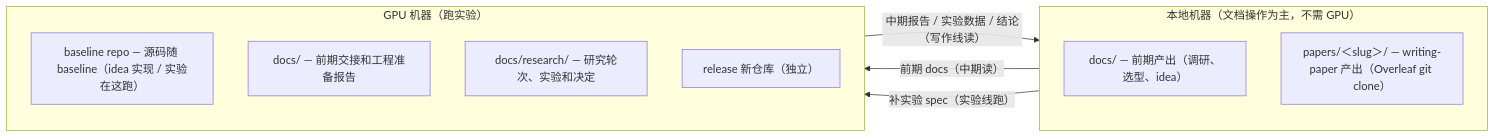
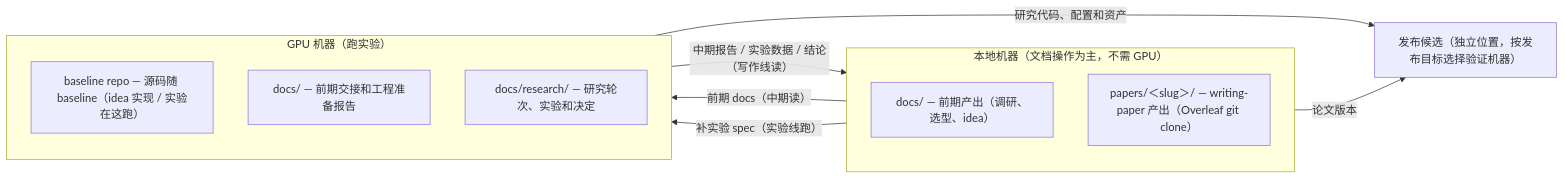
Before and after one commit to jackwang0108/dl-assistant: the second of 2 diagrams in plugins/dl-assistant/skills/dl-assistant/SKILL.md, drawn with Mermaid. The commit also changed other lines of this file and 6 other files, not shown here.

````diff
--- a/plugins/dl-assistant/skills/dl-assistant/SKILL.md
+++ b/plugins/dl-assistant/skills/dl-assistant/SKILL.md
@@ -222,19 +222,21 @@
 ```mermaid
 flowchart LR
     subgraph LOCAL["本地机器（文档操作为主，不需 GPU）"]
         direction TB
         LDOCS["docs/ — 前期产出（调研、选型、idea）"]
         LPAPER["papers/＜slug＞/ — writing-paper 产出（Overleaf git clone）"]
     end
     subgraph GPU["GPU 机器（跑实验）"]
         direction TB
         GREPO["baseline repo — 源码随 baseline（idea 实现 / 实验在这跑）"]
         GDOCS["docs/ — 前期交接和工程准备报告"]
         GRESEARCH["docs/research/ — 研究轮次、实验和决定"]
-        GREL["release 新仓库（独立）"]
     end
+    RELDIR["发布候选（独立位置，按发布目标选择验证机器）"]
 
     LOCAL -->|"前期 docs（中期读）"| GPU
     GPU -->|"中期报告 / 实验数据 / 结论（写作线读）"| LOCAL
     LOCAL -->|"补实验 spec（实验线跑）"| GPU
+    LPAPER -->|"论文版本"| RELDIR
+    GREPO -->|"研究代码、配置和资产"| RELDIR
 ```
````
